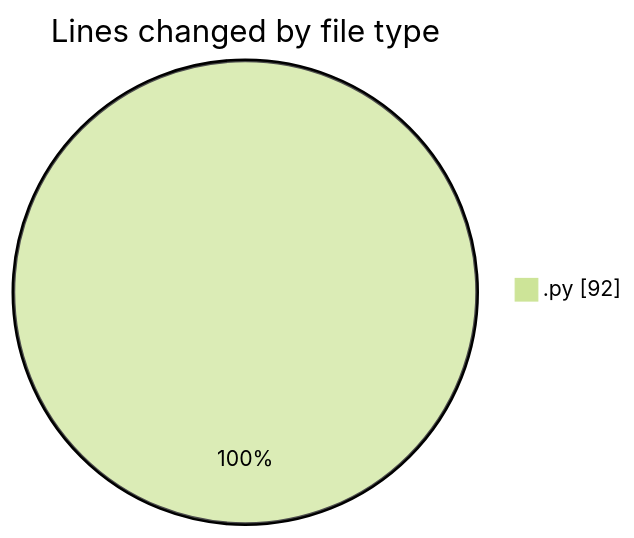
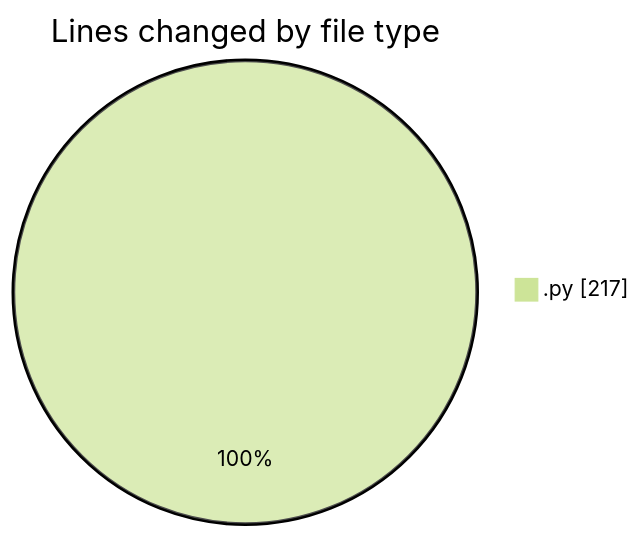
The first of 2 diagrams in 2025-10-19/mengetes/README.md (idhammustaqopulfikri/code-tracking), drawn with Mermaid (forest theme) before and after one commit. The commit also changed other lines of this file and 1 other file, not shown here.

````diff
--- a/2025-10-19/mengetes/README.md
+++ b/2025-10-19/mengetes/README.md
@@ -21,5 +22,5 @@
 ```mermaid
 pie showData
 title Lines changed by file type
-".py" : 92
+".py" : 217
 ```
````
